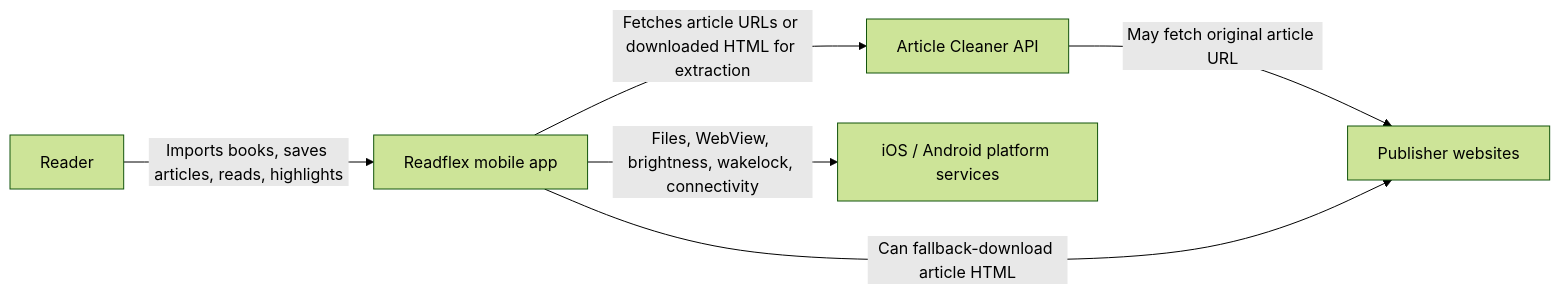
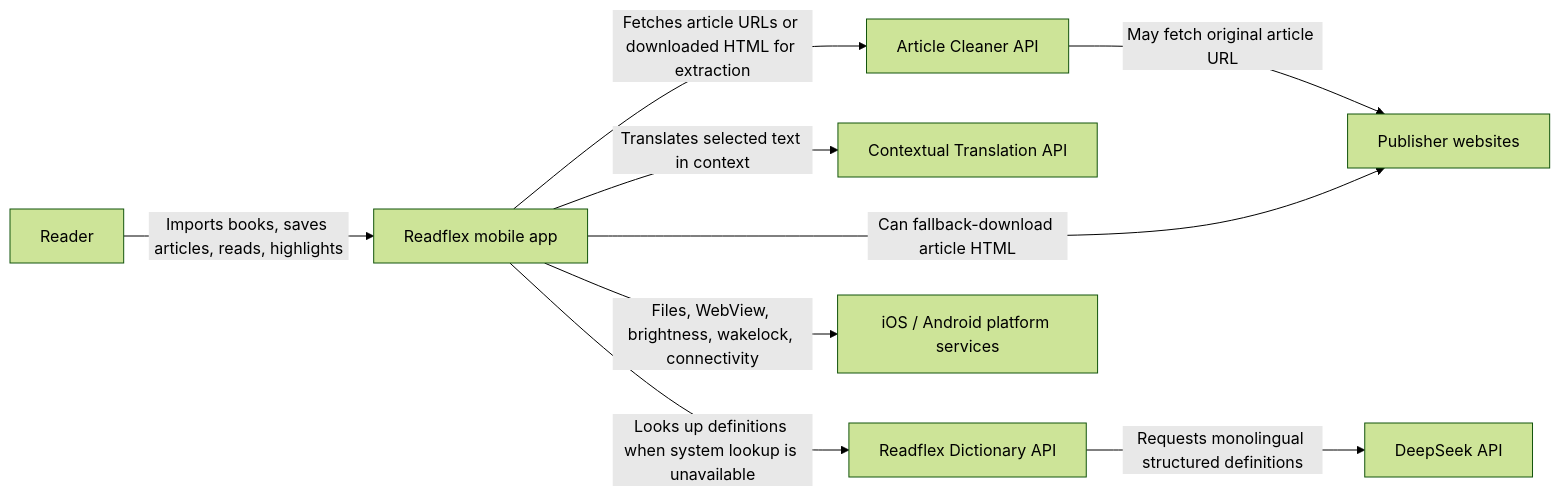
The first of 8 diagrams in C4_MODEL.md (abra/readflex), drawn with Mermaid (forest theme) before and after one commit. The commit also changed other lines of this file and 64 other files, not shown here.

Commit message:
Add dictionary lookup to reader text actions

````diff
--- a/C4_MODEL.md
+++ b/C4_MODEL.md
@@ -18,14 +18,20 @@
 ```mermaid
 flowchart LR
   user["Reader"]
   app["Readflex mobile app"]
   websites["Publisher websites"]
   cleaner["Article Cleaner API"]
+  translation["Contextual Translation API"]
+  dictionary["Readflex Dictionary API"]
+  deepseek["DeepSeek API"]
   platform["iOS / Android platform services"]
 
   user -->|"Imports books, saves articles, reads, highlights"| app
   app -->|"Fetches article URLs or downloaded HTML for extraction"| cleaner
+  app -->|"Translates selected text in context"| translation
+  app -->|"Looks up definitions when system lookup is unavailable"| dictionary
+  dictionary -->|"Requests monolingual structured definitions"| deepseek
   cleaner -->|"May fetch original article URL"| websites
   app -->|"Can fallback-download article HTML"| websites
   app -->|"Files, WebView, brightness, wakelock, connectivity"| platform
 ```
````
